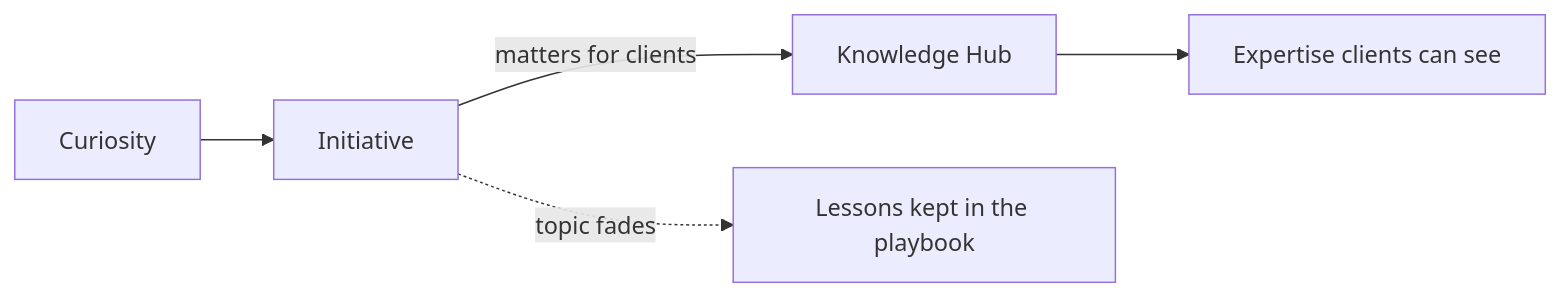
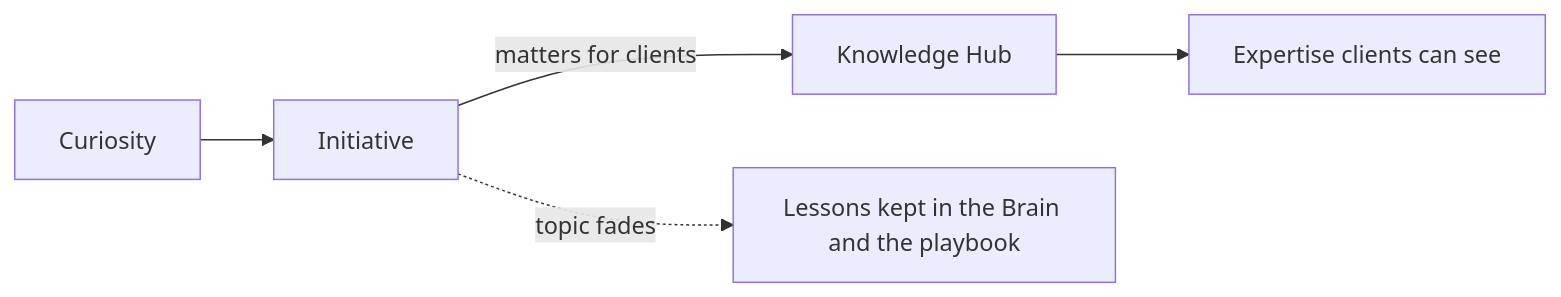
The diagram in docs/about-plainsight/knowledge-hubs.md (PlainsightPro/Vision-Playbook), drawn with Mermaid before and after one commit. The commit also changed other lines of this file, not shown here.

First line of the commit message:
Keep what initiatives learn in the Brain as well as the playbook

````diff
--- a/docs/about-plainsight/knowledge-hubs.md
+++ b/docs/about-plainsight/knowledge-hubs.md
@@ -31,9 +31,9 @@
 ```mermaid
 %%{init: { "flowchart": { "useMaxWidth": true } } }%%
 
 flowchart LR
     A[Curiosity] --> B[Initiative]
     B -->|matters for clients| C[Knowledge Hub]
     C --> D[Expertise clients can see]
-    B -.->|topic fades| E[Lessons kept in the playbook]
+    B -.->|topic fades| E[Lessons kept in the Brain and the playbook]
 ```
````
